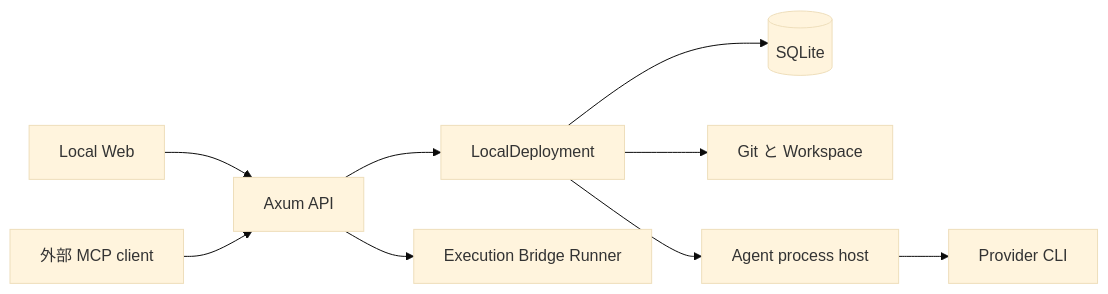
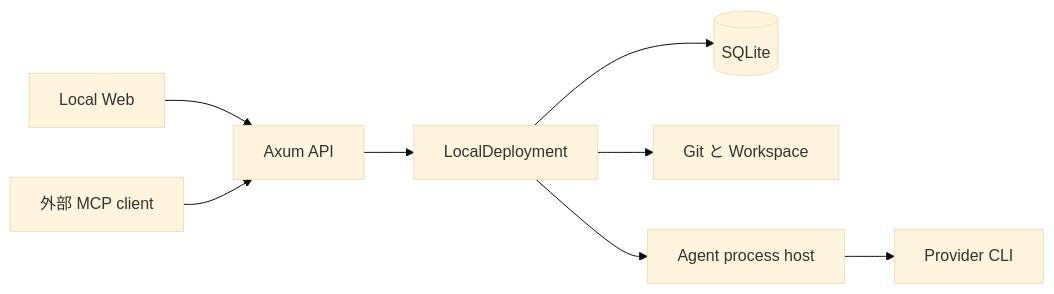
The diagram in openwiki/architecture/system.md (nagisasaka/lucky-vibe-kanban), drawn with Mermaid (base theme) before and after one commit. The commit also changed other lines of this file and 29 other files, not shown here.

````diff
--- a/openwiki/architecture/system.md
+++ b/openwiki/architecture/system.md
@@ -23,11 +23,10 @@
 ```mermaid
 flowchart LR
   Web[Local Web] --> API[Axum API]
   MCP[外部 MCP client] --> API
   API --> Deployment[LocalDeployment]
   Deployment --> DB[(SQLite)]
   Deployment --> Git[Git と Workspace]
   Deployment --> Host[Agent process host]
   Host --> Provider[Provider CLI]
-  API --> Runner[Execution Bridge Runner]
 ```
````
